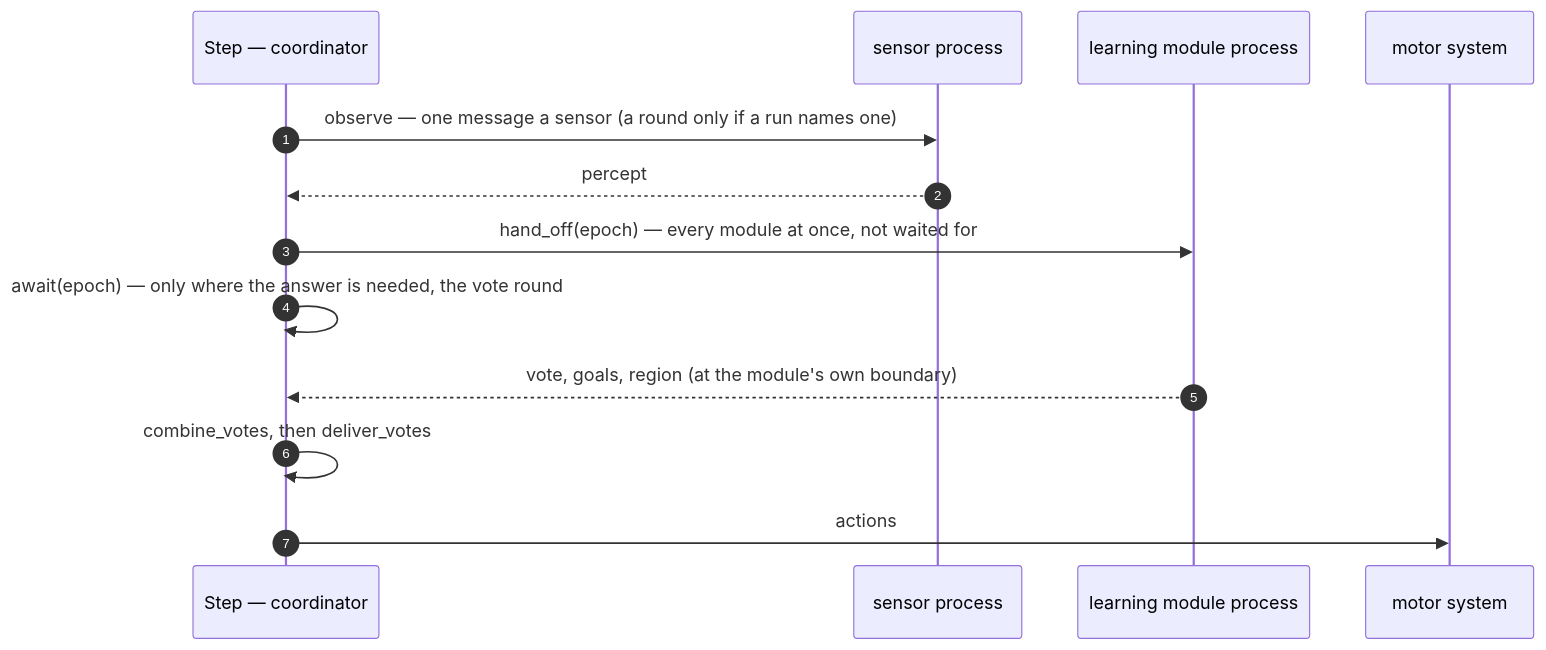
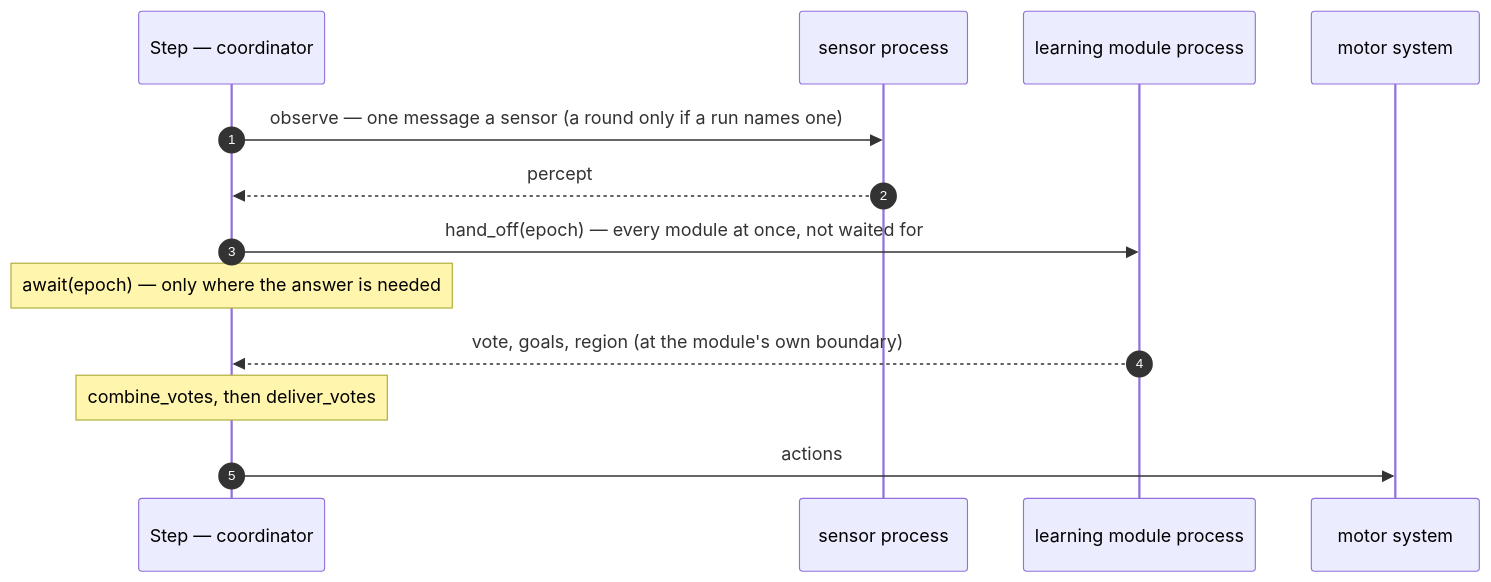
Before and after one commit to d-led/ex.tbp.monty: the second of 5 diagrams in docs/speed.md, drawn with Mermaid. The commit also changed other lines of this file, not shown here.

````diff
--- a/docs/speed.md
+++ b/docs/speed.md
@@ -139,16 +139,16 @@
 ```mermaid
 sequenceDiagram
     autonumber
     participant C as Step — coordinator
     participant S as sensor process
     participant L as learning module process
     participant M as motor system
 
     C->>S: observe — one message a sensor (a round only if a run names one)
     S-->>C: percept
     C->>L: hand_off(epoch) — every module at once, not waited for
-    C->>C: await(epoch) — only where the answer is needed, the vote round
+    Note over C: await(epoch) — only where the answer is needed
     L-->>C: vote, goals, region (at the module's own boundary)
-    C->>C: combine_votes, then deliver_votes
+    Note over C: combine_votes, then deliver_votes
     C->>M: actions
 ```
````
